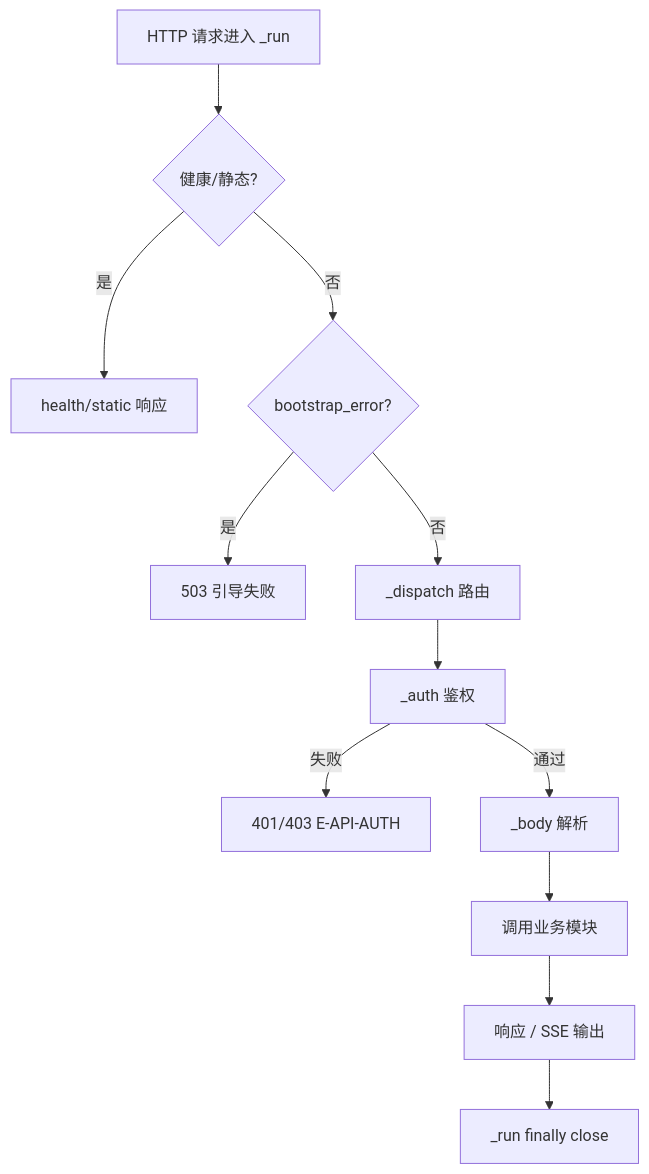
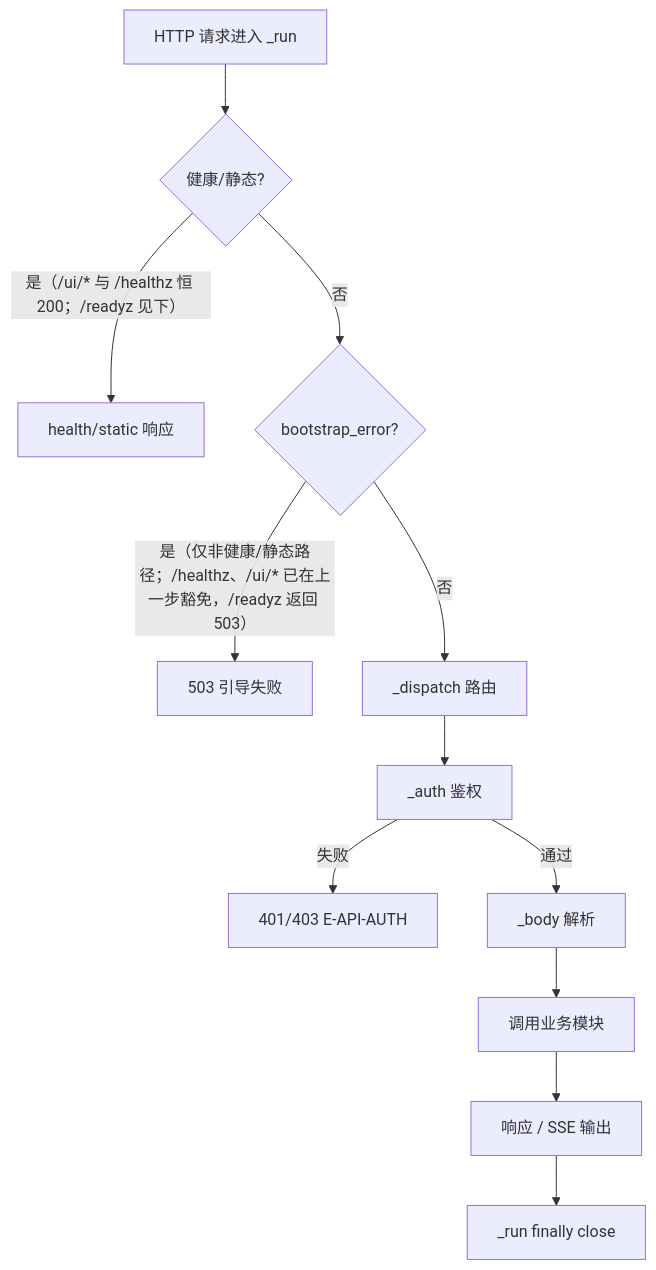
The diagram in docs/50_implementation_design/http-api.isd.md (corezilla/LLMTier), drawn with Mermaid before and after one commit. The commit also changed other lines of this file and 22 other files, not shown here.

````diff
--- a/docs/50_implementation_design/http-api.isd.md
+++ b/docs/50_implementation_design/http-api.isd.md
@@ -616,14 +642,14 @@
 ```mermaid
 flowchart TD
     A["HTTP 请求进入 _run"] --> B{"健康/静态?"}
-    B -->|是| H["health/static 响应"]
+    B -->|"是（/ui/* 与 /healthz 恒 200；/readyz 见下）"| H["health/static 响应"]
     B -->|否| C{"bootstrap_error?"}
-    C -->|是| E["503 引导失败"]
+    C -->|"是（仅非健康/静态路径；/healthz、/ui/* 已在上一步豁免，/readyz 返回 503）"| E["503 引导失败"]
     C -->|否| D["_dispatch 路由"]
     D --> F["_auth 鉴权"]
     F -->|失败| E2["401/403 E-API-AUTH"]
     F -->|通过| G["_body 解析"]
     G --> I["调用业务模块"]
     I --> J["响应 / SSE 输出"]
     J --> K["_run finally close"]
 ```
````
